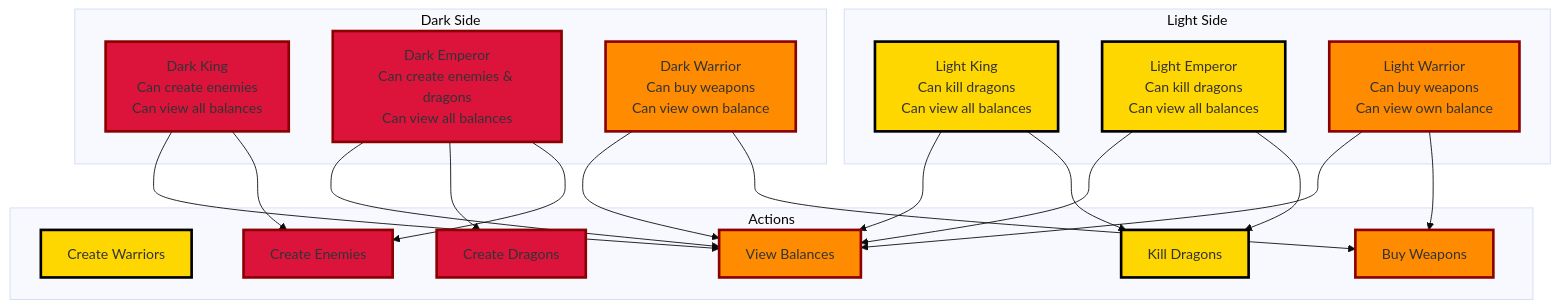
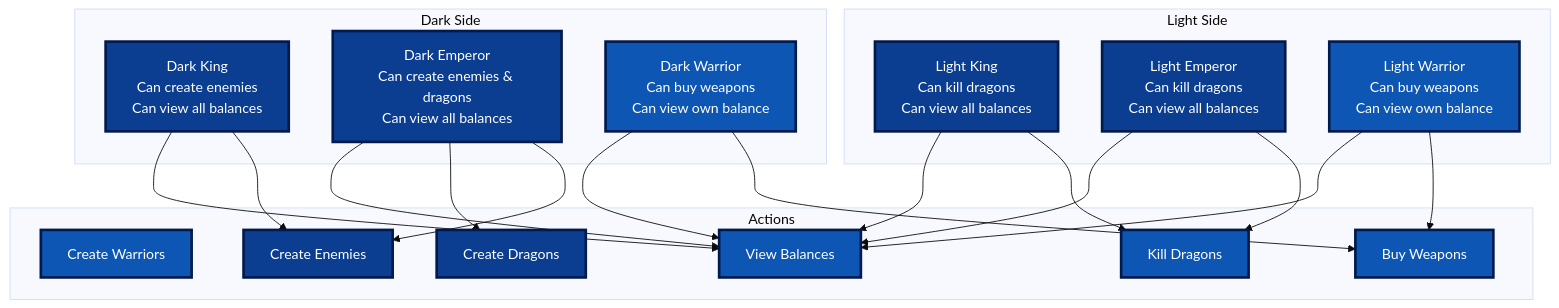
The third of 12 diagrams in README.md (tiraten-bot/network-sec-micro), drawn with Mermaid (base theme) before and after one commit.

Commit message:
Update README.md to refine architecture diagram styles with a new color scheme, enhancing visual clarity and consistency across the documentation.

````diff
--- a/README.md
+++ b/README.md
@@ -117,51 +117,51 @@
 ```mermaid
 graph TD
     subgraph "Light Side"
         LK[Light King<br/>Can kill dragons<br/>Can view all balances]
         LE[Light Emperor<br/>Can kill dragons<br/>Can view all balances]
         LW[Light Warrior<br/>Can buy weapons<br/>Can view own balance]
     end
     
     subgraph "Dark Side"
         DK[Dark King<br/>Can create enemies<br/>Can view all balances]
         DE[Dark Emperor<br/>Can create enemies & dragons<br/>Can view all balances]
         DW[Dark Warrior<br/>Can buy weapons<br/>Can view own balance]
     end
     
     subgraph "Actions"
         A1[Create Warriors]
         A2[Buy Weapons]
         A3[Create Enemies]
         A4[Create Dragons]
         A5[Kill Dragons]
         A6[View Balances]
     end
     
     LK --> A5
     LK --> A6
     LE --> A5
     LE --> A6
     LW --> A2
     LW --> A6
     
     DK --> A3
     DK --> A6
     DE --> A3
     DE --> A4
     DE --> A6
     DW --> A2
     DW --> A6
     
-    style LK fill:#FFD700,stroke:#000000,stroke-width:3px
-    style LE fill:#FFD700,stroke:#000000,stroke-width:3px
-    style LW fill:#FF8C00,stroke:#8B0000,stroke-width:3px
-    style DK fill:#DC143C,stroke:#8B0000,stroke-width:3px
-    style DE fill:#DC143C,stroke:#8B0000,stroke-width:3px
-    style DW fill:#FF8C00,stroke:#8B0000,stroke-width:3px
-    style A1 fill:#FFD700,stroke:#000000,stroke-width:3px
-    style A2 fill:#FF8C00,stroke:#8B0000,stroke-width:3px
-    style A3 fill:#DC143C,stroke:#8B0000,stroke-width:3px
-    style A4 fill:#DC143C,stroke:#8B0000,stroke-width:3px
-    style A5 fill:#FFD700,stroke:#000000,stroke-width:3px
-    style A6 fill:#FF8C00,stroke:#8B0000,stroke-width:3px
+    style LK fill:#0b3d91,stroke:#001a4d,stroke-width:3px,color:#ffffff
+    style LE fill:#0b3d91,stroke:#001a4d,stroke-width:3px,color:#ffffff
+    style LW fill:#0d56b3,stroke:#001a4d,stroke-width:3px,color:#ffffff
+    style DK fill:#0b3d91,stroke:#001a4d,stroke-width:3px,color:#ffffff
+    style DE fill:#0b3d91,stroke:#001a4d,stroke-width:3px,color:#ffffff
+    style DW fill:#0d56b3,stroke:#001a4d,stroke-width:3px,color:#ffffff
+    style A1 fill:#0d56b3,stroke:#001a4d,stroke-width:3px,color:#ffffff
+    style A2 fill:#0d56b3,stroke:#001a4d,stroke-width:3px,color:#ffffff
+    style A3 fill:#0b3d91,stroke:#001a4d,stroke-width:3px,color:#ffffff
+    style A4 fill:#0b3d91,stroke:#001a4d,stroke-width:3px,color:#ffffff
+    style A5 fill:#0d56b3,stroke:#001a4d,stroke-width:3px,color:#ffffff
+    style A6 fill:#0d56b3,stroke:#001a4d,stroke-width:3px,color:#ffffff
 ```
````
